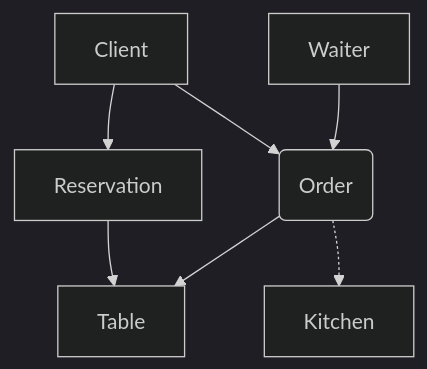
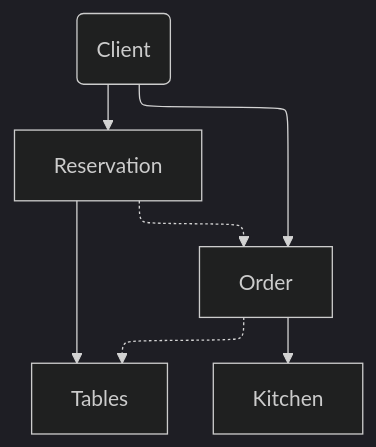
The diagram in README.md (cyjiky/TableFlow), drawn with Mermaid (dark theme) before and after one commit. The commit also changed other lines of this file and 1 other file, not shown here.

Commit message:
Synchronize interaction diagrams and refine project specification

````diff
--- a/README.md
+++ b/README.md
@@ -19,9 +19,21 @@
 ```mermaid
+---
+config:
+    layout: elk
+---
 graph TD
-    C[Client] --> R[Reservation]
-    C --> O(Order)
-    W[Waiter] --> O
-    R --> T[Table]
-    O --> T
-    O -.-> K[Kitchen]
+    C(Client)
+    R[Reservation]
+    O[Order]
+    T[Tables]
+    K[Kitchen]
+
+    C --> R
+
+    C --> O
+    R -.-> O
+
+    R --> T
+    O -.-> T
+    O --> K
 ```
````
